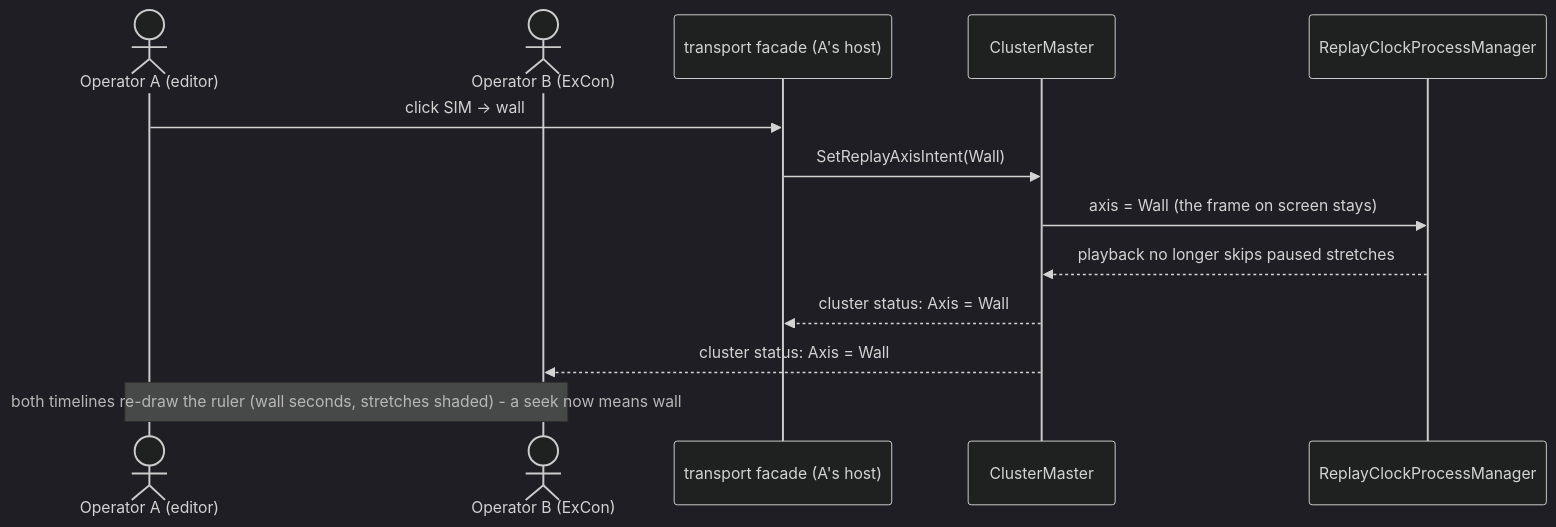
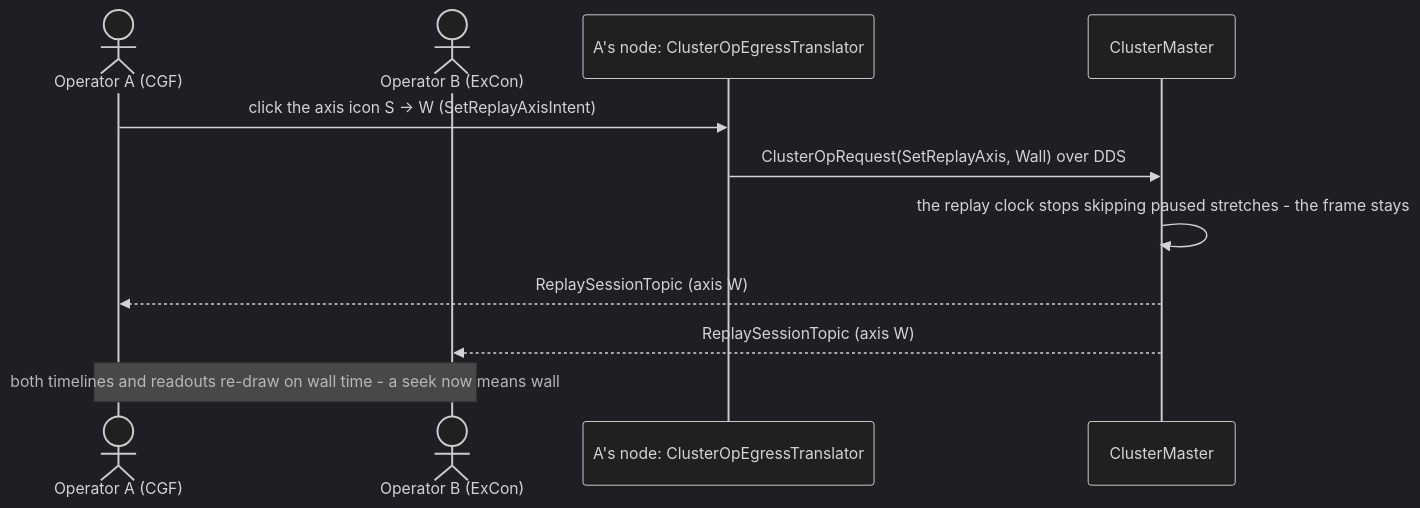
Before and after one commit to pjanec/HROT: the fifth of 7 diagrams in docs/DESIGN_Replay_Time_Axis_And_Review.md, drawn with Mermaid (dark theme). The commit also changed other lines of this file and 5 other files, not shown here.

````diff
--- a/docs/DESIGN_Replay_Time_Axis_And_Review.md
+++ b/docs/DESIGN_Replay_Time_Axis_And_Review.md
@@ -371,15 +411,13 @@
 ```mermaid
 sequenceDiagram
-  actor A as Operator A (editor)
+  actor A as Operator A (CGF)
   actor B as Operator B (ExCon)
-  participant F as transport facade (A's host)
+  participant E as A's node: ClusterOpEgressTranslator
   participant M as ClusterMaster
-  participant C as ReplayClockProcessManager
-  A->>F: click SIM -> wall
-  F->>M: SetReplayAxisIntent(Wall)
-  M->>C: axis = Wall (the frame on screen stays)
-  C-->>M: playback no longer skips paused stretches
-  M-->>F: cluster status: Axis = Wall
-  M-->>B: cluster status: Axis = Wall
-  Note over A,B: both timelines re-draw the ruler (wall seconds, stretches shaded) - a seek now means wall
+  A->>E: click the axis icon S -> W (SetReplayAxisIntent)
+  E->>M: ClusterOpRequest(SetReplayAxis, Wall) over DDS
+  M->>M: the replay clock stops skipping paused stretches - the frame stays
+  M-->>A: ReplaySessionTopic (axis W)
+  M-->>B: ReplaySessionTopic (axis W)
+  Note over A,B: both timelines and readouts re-draw on wall time - a seek now means wall
 ```
````
